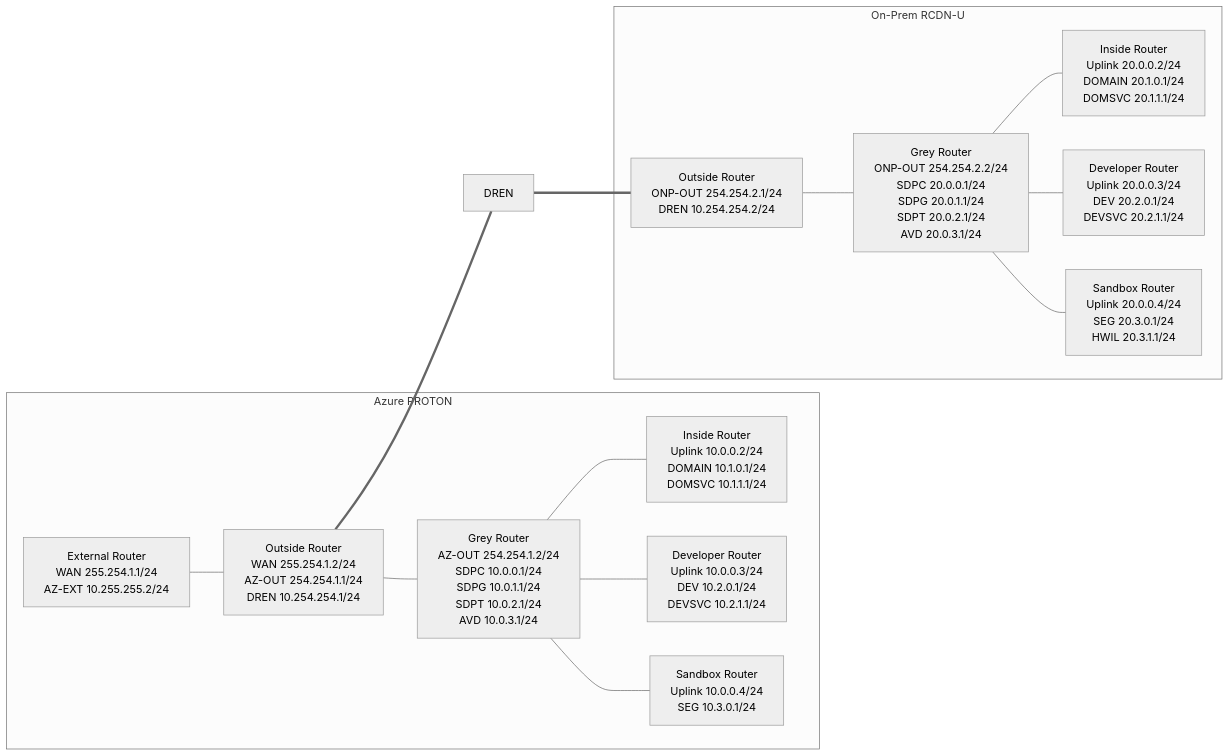
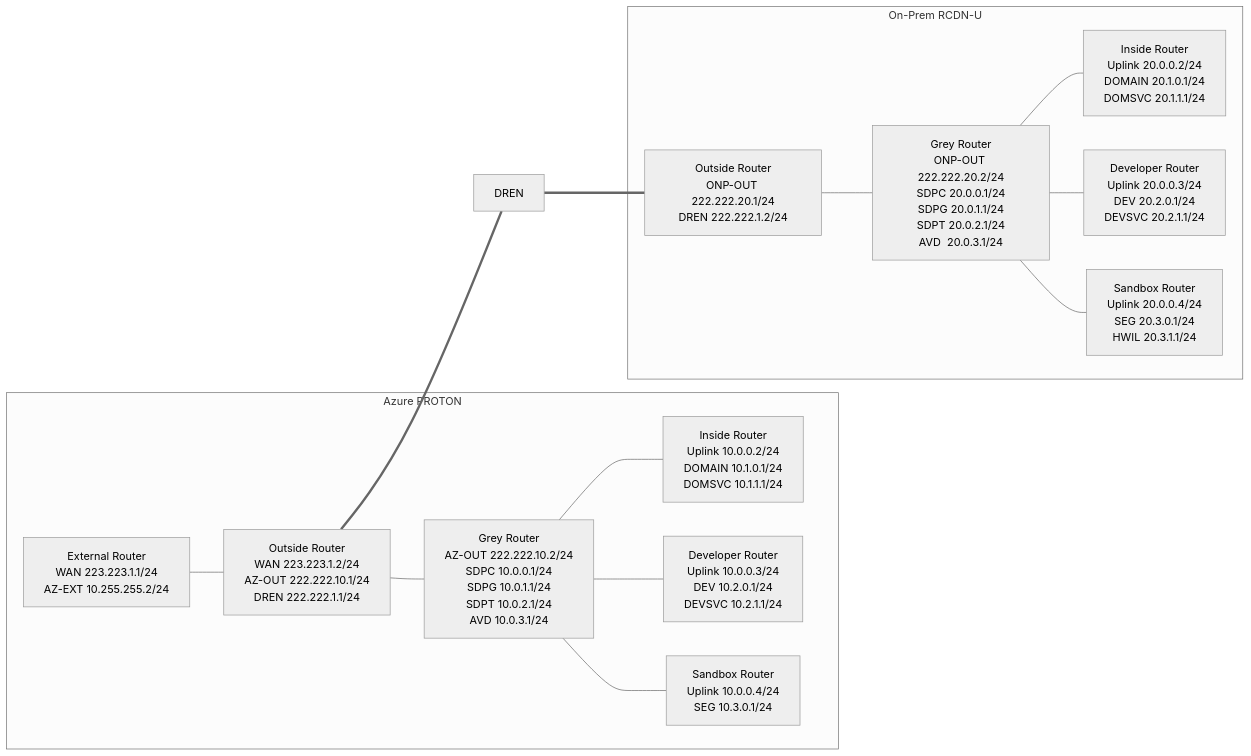
Before and after one commit to cantrellr/vyos-appgate-dren-lab: the diagram in diagrams/topology.mmd, drawn with Mermaid (neutral theme). The commit also changed 24 other files, not shown here.

```diff
--- a/diagrams/topology.mmd
+++ b/diagrams/topology.mmd
@@ -1,30 +1,30 @@
 flowchart LR
   subgraph AZ[Azure PROTON]
-    EXT[External Router\nWAN 255.254.1.1/24\nAZ-EXT 10.255.255.2/24]
-    OUT[Outside Router\nWAN 255.254.1.2/24\nAZ-OUT 254.254.1.1/24\nDREN 10.254.254.1/24]
-    GREY[Grey Router\nAZ-OUT 254.254.1.2/24\nSDPC 10.0.0.1/24\nSDPG 10.0.1.1/24\nSDPT 10.0.2.1/24\nAVD  10.0.3.1/24]
+    EXT[External Router\nWAN 223.223.1.1/24\nAZ-EXT 10.255.255.2/24]
+    OUT[Outside Router\nWAN 223.223.1.2/24\nAZ-OUT 222.222.10.1/24\nDREN 222.222.1.1/24]
+    GREY[Grey Router\nAZ-OUT 222.222.10.2/24\nSDPC 10.0.0.1/24\nSDPG 10.0.1.1/24\nSDPT 10.0.2.1/24\nAVD  10.0.3.1/24]
     INS[Inside Router\nUplink 10.0.0.2/24\nDOMAIN 10.1.0.1/24\nDOMSVC 10.1.1.1/24]
     DEV[Developer Router\nUplink 10.0.0.3/24\nDEV 10.2.0.1/24\nDEVSVC 10.2.1.1/24]
     SBX[Sandbox Router\nUplink 10.0.0.4/24\nSEG 10.3.0.1/24]
 
     EXT --- OUT
     OUT --- GREY
     GREY --- INS
     GREY --- DEV
     GREY --- SBX
   end
 
   subgraph ONP[On-Prem RCDN-U]
-    OUT2[Outside Router\nONP-OUT 254.254.2.1/24\nDREN 10.254.254.2/24]
-    GREY2[Grey Router\nONP-OUT 254.254.2.2/24\nSDPC 20.0.0.1/24\nSDPG 20.0.1.1/24\nSDPT 20.0.2.1/24\nAVD  20.0.3.1/24]
+    OUT2[Outside Router\nONP-OUT 222.222.20.1/24\nDREN 222.222.1.2/24]
+    GREY2[Grey Router\nONP-OUT 222.222.20.2/24\nSDPC 20.0.0.1/24\nSDPG 20.0.1.1/24\nSDPT 20.0.2.1/24\nAVD  20.0.3.1/24]
     INS2[Inside Router\nUplink 20.0.0.2/24\nDOMAIN 20.1.0.1/24\nDOMSVC 20.1.1.1/24]
     DEV2[Developer Router\nUplink 20.0.0.3/24\nDEV 20.2.0.1/24\nDEVSVC 20.2.1.1/24]
     SBX2[Sandbox Router\nUplink 20.0.0.4/24\nSEG 20.3.0.1/24\nHWIL 20.3.1.1/24]
 
     OUT2 --- GREY2
     GREY2 --- INS2
     GREY2 --- DEV2
     GREY2 --- SBX2
   end
 
   OUT === DREN === OUT2
```
